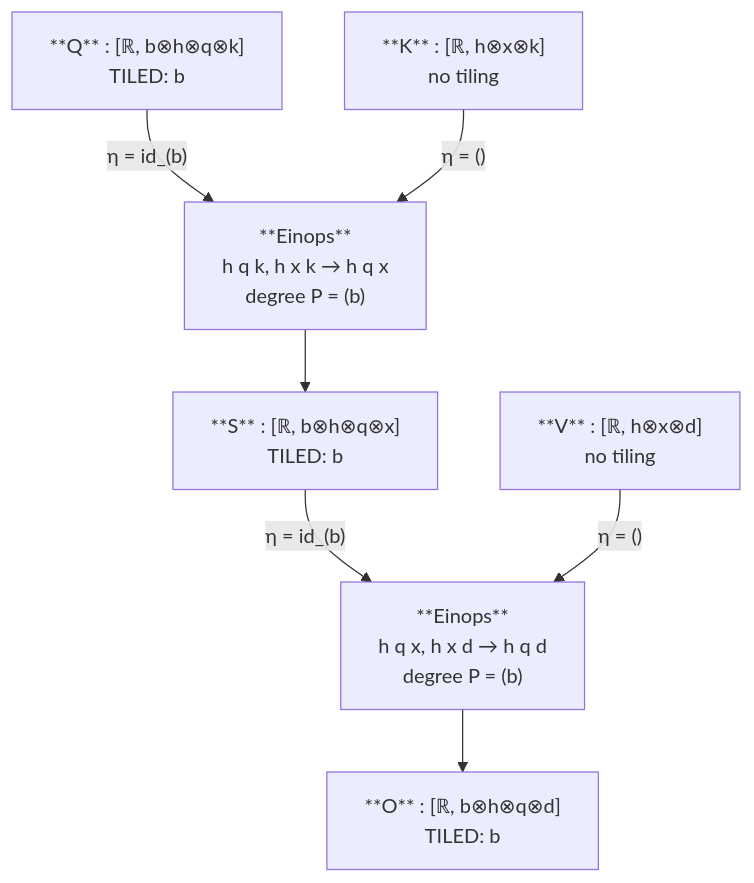
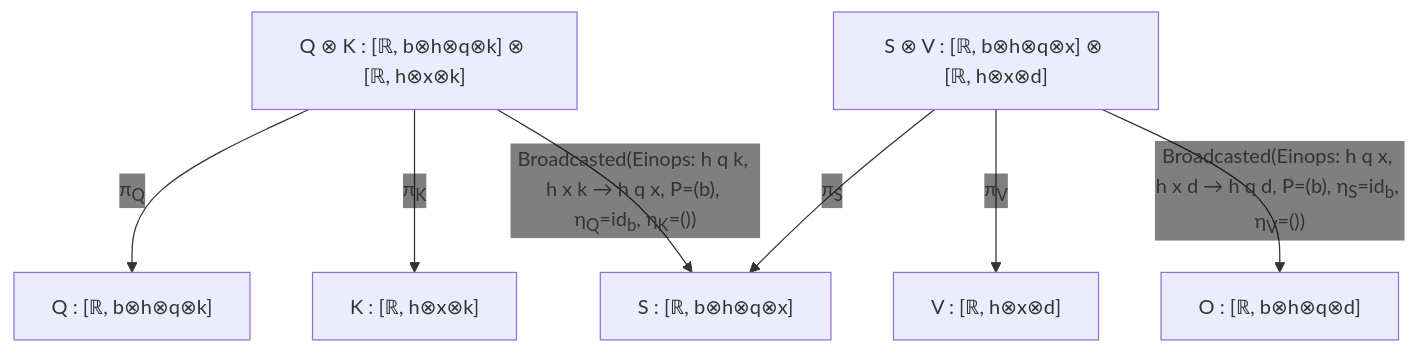
Before and after one commit to william-macready/pyncd: the diagram in papers/theory.md, drawn with Mermaid.

Commit message:
mermaid work

````diff
--- a/papers/theory.md
+++ b/papers/theory.md
@@ -1,22 +1,19 @@
 ```mermaid
+%%{init: {'themeVariables': {'edgeLabelBackground': 'transparent'}}}%%
 graph TD
-    Q["**Q** : [ℝ, b⊗h⊗q⊗k]\nTILED: b"]
-    K["**K** : [ℝ, h⊗x⊗k]\nno tiling"]
-    V["**V** : [ℝ, h⊗x⊗d]\nno tiling"]
+    QotK["Q ⊗ K : [ℝ, b⊗h⊗q⊗k] ⊗ [ℝ, h⊗x⊗k]"]
+    Q["Q : [ℝ, b⊗h⊗q⊗k]"]
+    K["K : [ℝ, h⊗x⊗k]"]
+    V["V : [ℝ, h⊗x⊗d]"]
+    S["S : [ℝ, b⊗h⊗q⊗x]"]
+    SotV["S ⊗ V : [ℝ, b⊗h⊗q⊗x] ⊗ [ℝ, h⊗x⊗d]"]
+    O["O : [ℝ, b⊗h⊗q⊗d]"]
 
-    QK["**Einops**\nh q k, h x k → h q x\ndegree P = (b)"]
+    QotK -->|"π<sub>Q</sub>"| Q
+    QotK -->|"π<sub>K</sub>"| K
+    QotK -->|"Broadcasted(Einops: h q k, h x k → h q x, P=(b), η<sub>Q</sub>=id<sub>b</sub>, η<sub>K</sub>=())"| S
 
-    S["**S** : [ℝ, b⊗h⊗q⊗x]\nTILED: b"]
-
-    VA["**Einops**\nh q x, h x d → h q d\ndegree P = (b)"]
-
-    O["**O** : [ℝ, b⊗h⊗q⊗d]\nTILED: b"]
-
-    Q -->|"η = id_(b)"| QK
-    K -->|"η = ()"| QK
-    QK --> S
-
-    S -->|"η = id_(b)"| VA
-    V -->|"η = ()"| VA
-    VA --> O
+    SotV -->|"π<sub>S</sub>"| S
+    SotV -->|"π<sub>V</sub>"| V
+    SotV -->|"Broadcasted(Einops: h q x, h x d → h q d, P=(b), η<sub>S</sub>=id<sub>b</sub>, η<sub>V</sub>=())"| O
 ```
````
